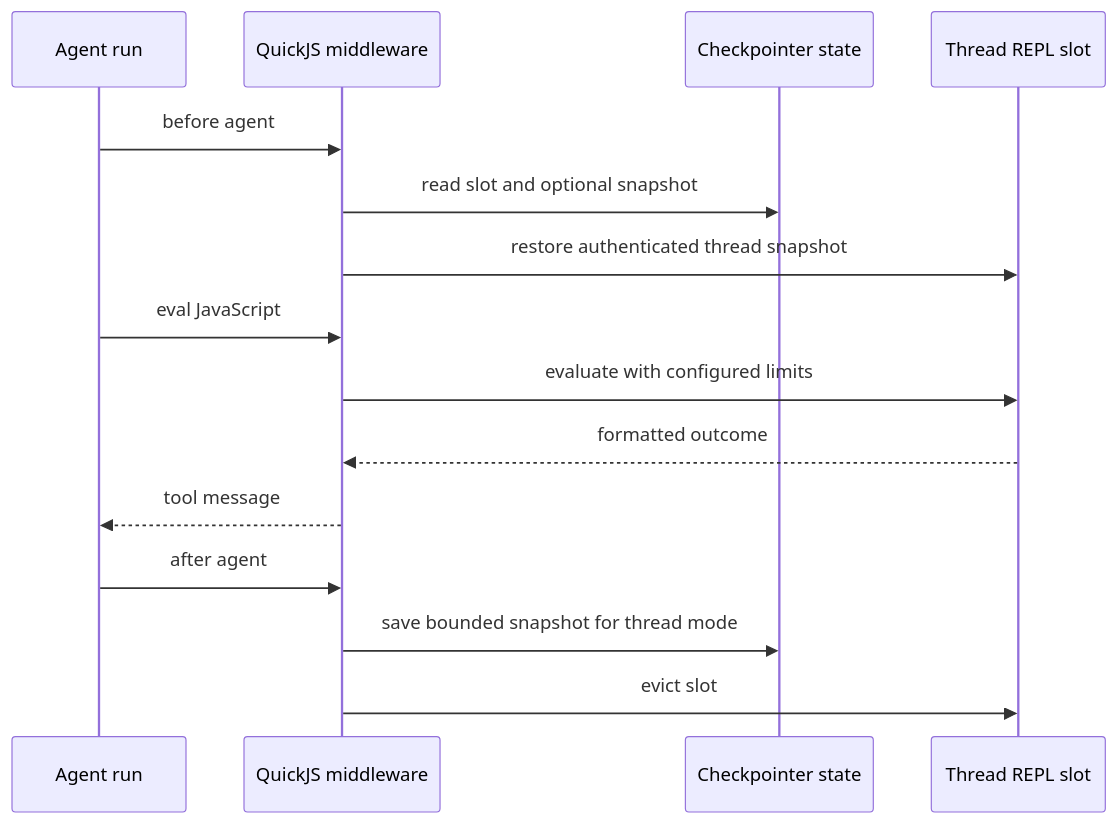
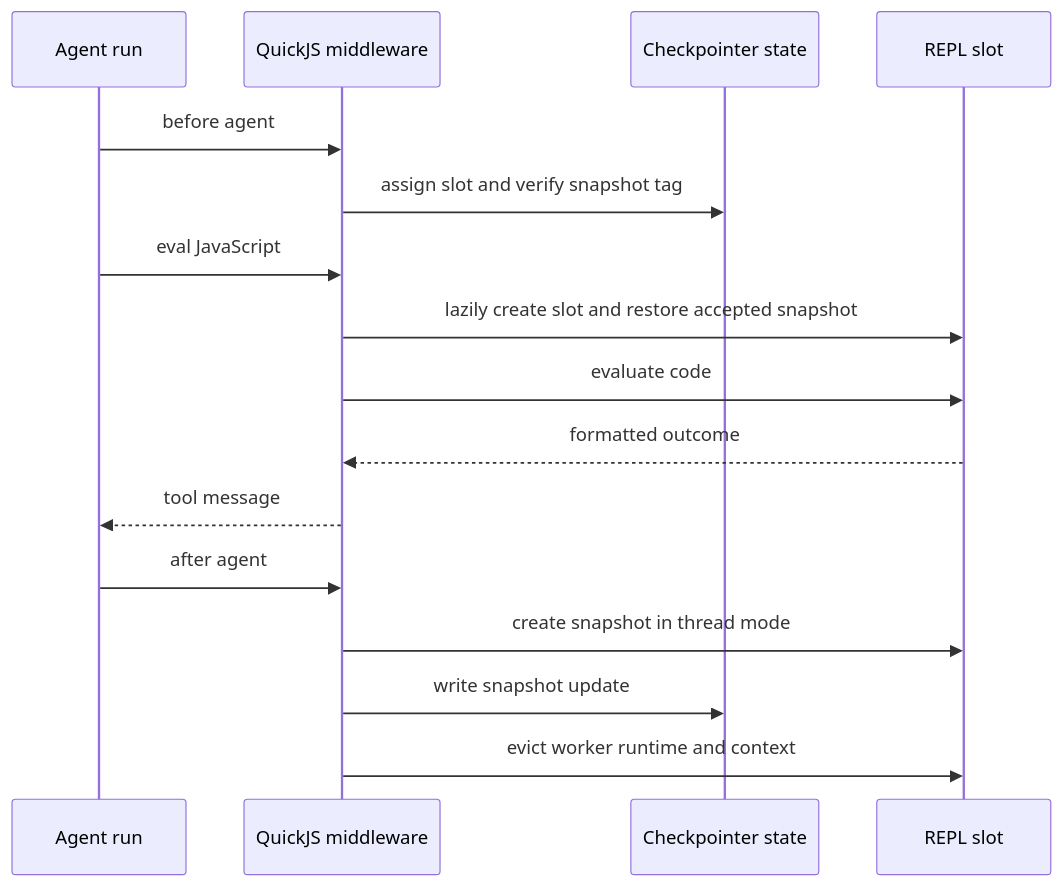
One commit to langchain-ai/deepagents changed the third of 3 diagrams in openwiki/integrations/sandbox-partners.md. Above: the diagram before and after it, drawn with Mermaid. The commit also changed other lines of this file and 29 other files, not shown here.

````diff
--- a/openwiki/integrations/sandbox-partners.md
+++ b/openwiki/integrations/sandbox-partners.md
@@ -154,17 +137,18 @@
 ```mermaid
 sequenceDiagram
     participant Agent as Agent run
     participant Middleware as QuickJS middleware
-    participant Store as Checkpointer state
-    participant REPL as Thread REPL slot
+    participant State as Checkpointer state
+    participant Slot as REPL slot
     Agent->>Middleware: before agent
-    Middleware->>Store: read slot and optional snapshot
-    Middleware->>REPL: restore authenticated thread snapshot
+    Middleware->>State: assign slot and verify snapshot tag
     Agent->>Middleware: eval JavaScript
-    Middleware->>REPL: evaluate with configured limits
-    REPL-->>Middleware: formatted outcome
+    Middleware->>Slot: lazily create slot and restore accepted snapshot
+    Middleware->>Slot: evaluate code
+    Slot-->>Middleware: formatted outcome
     Middleware-->>Agent: tool message
     Agent->>Middleware: after agent
-    Middleware->>Store: save bounded snapshot for thread mode
-    Middleware->>REPL: evict slot
+    Middleware->>Slot: create snapshot in thread mode
+    Middleware->>State: write snapshot update
+    Middleware->>Slot: evict worker runtime and context
 ```
````
